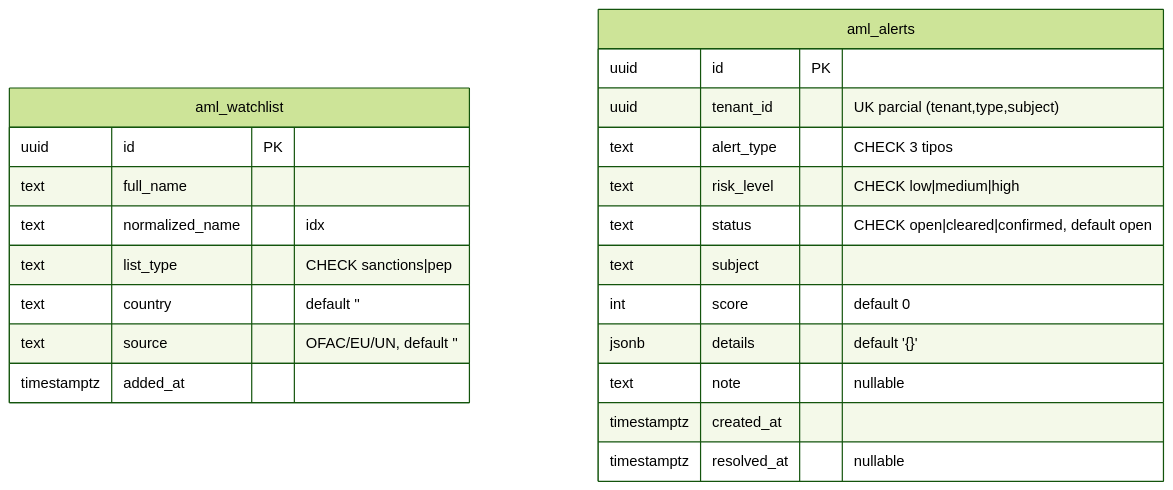
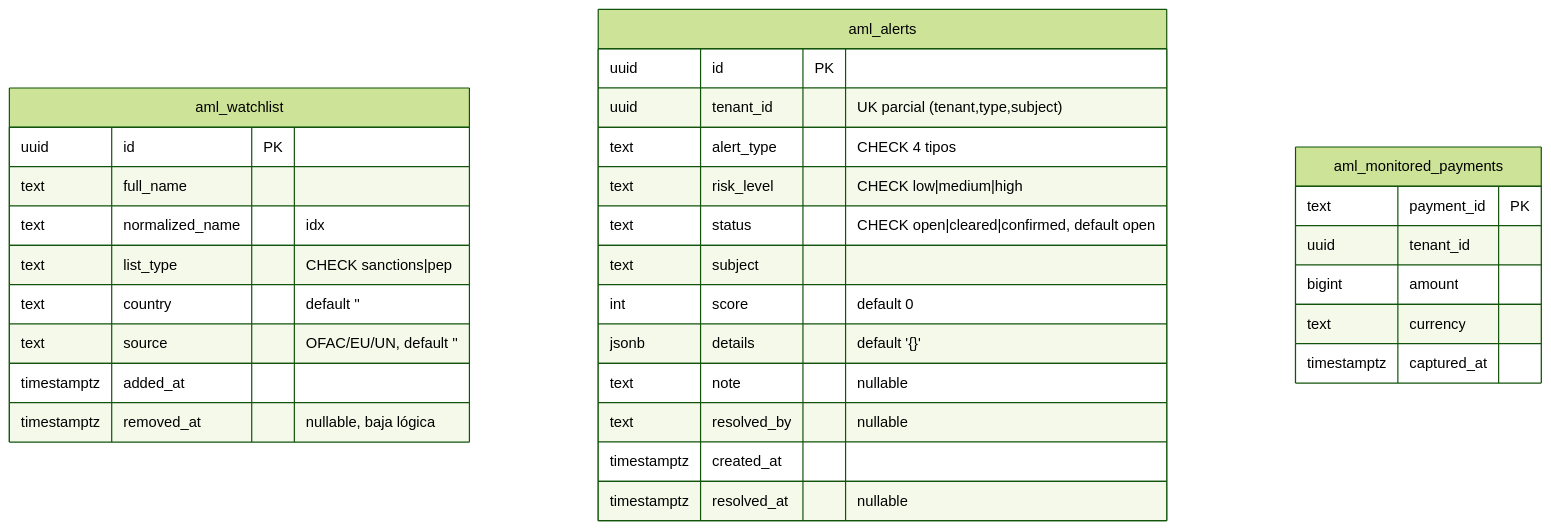
The third of 3 diagrams in docs/technical/COMPLIANCE.md (juantevez/cobros-platform), drawn with Mermaid (forest theme) before and after one commit. The commit also changed other lines of this file and 38 other files, not shown here.

````diff
--- a/docs/technical/COMPLIANCE.md
+++ b/docs/technical/COMPLIANCE.md
@@ -372,25 +417,34 @@
 ```mermaid
 erDiagram
     aml_watchlist {
         uuid id PK
         text full_name
         text normalized_name "idx"
         text list_type "CHECK sanctions|pep"
         text country "default ''"
         text source "OFAC/EU/UN, default ''"
         timestamptz added_at
+        timestamptz removed_at "nullable, baja lógica"
     }
     aml_alerts {
         uuid id PK
         uuid tenant_id "UK parcial (tenant,type,subject)"
-        text alert_type "CHECK 3 tipos"
+        text alert_type "CHECK 4 tipos"
         text risk_level "CHECK low|medium|high"
         text status "CHECK open|cleared|confirmed, default open"
         text subject
         int score "default 0"
         jsonb details "default '{}'"
         text note "nullable"
+        text resolved_by "nullable"
         timestamptz created_at
         timestamptz resolved_at "nullable"
     }
+    aml_monitored_payments {
+        text payment_id PK
+        uuid tenant_id
+        bigint amount
+        text currency
+        timestamptz captured_at
+    }
 ```
````
